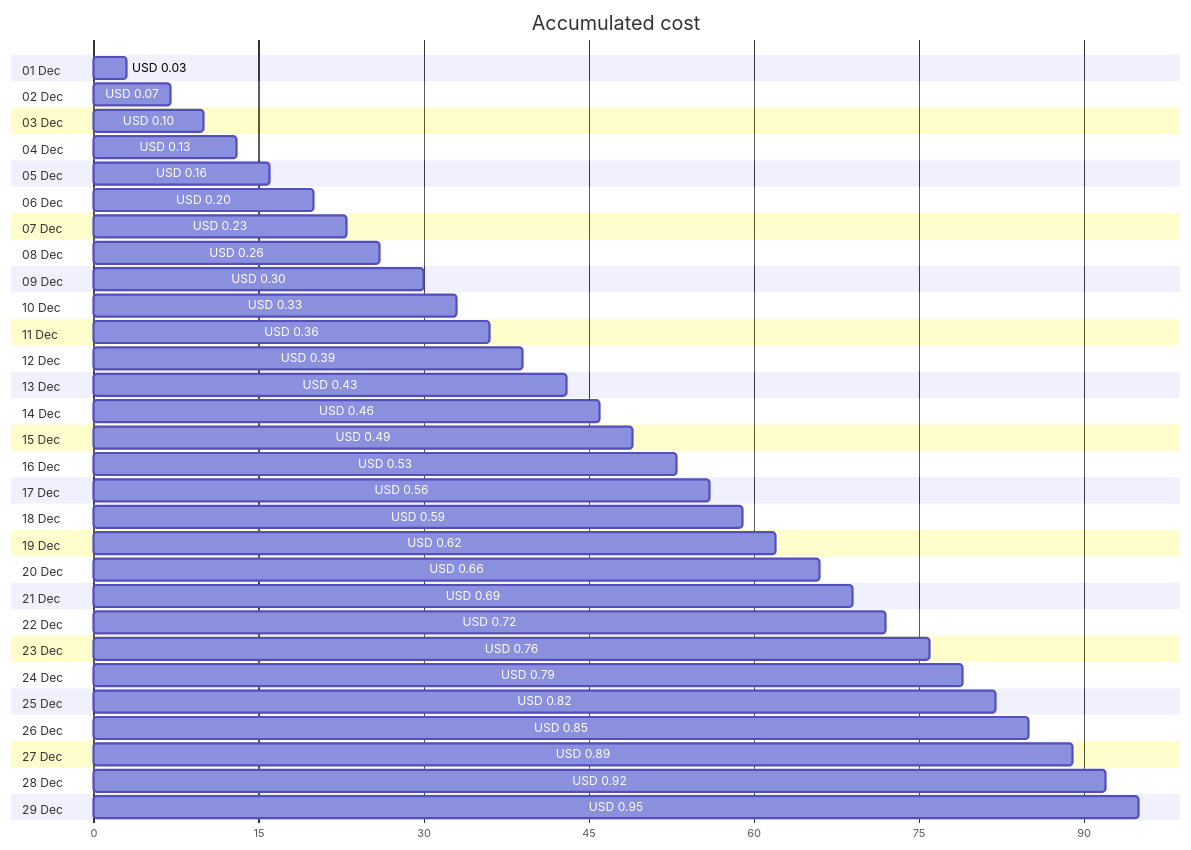
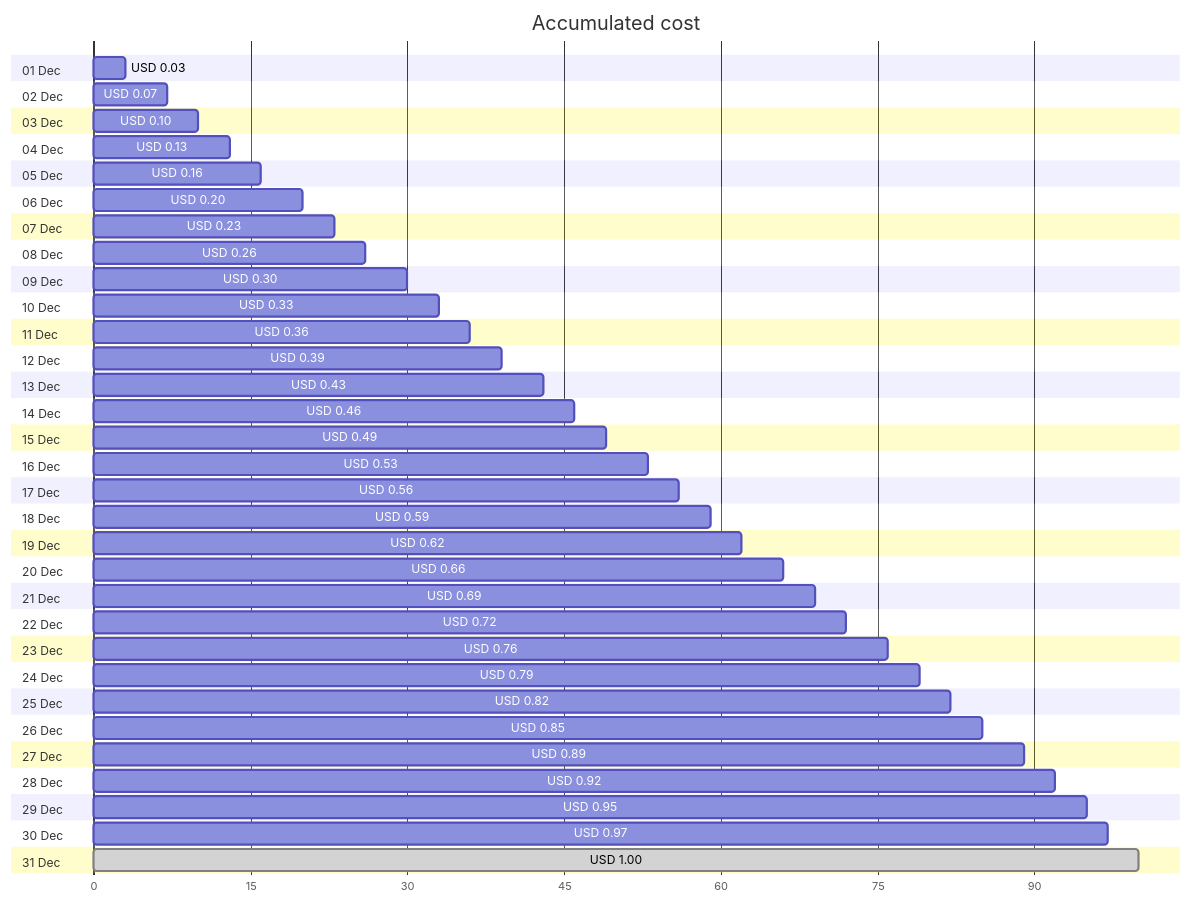
Before and after one commit to jpfulton/azure-personal-reports: the first of 4 diagrams in cost-reports/personal-dns/README.md, drawn with Mermaid. The commit also changed other lines of this file and 2 other files, not shown here.

````diff
--- a/cost-reports/personal-dns/README.md
+++ b/cost-reports/personal-dns/README.md
@@ -20,64 +20,68 @@
 ```mermaid
 gantt
    title Accumulated cost
    dateFormat  X
    axisFormat %s
    section 01 Dec
    USD 0.03 :0, 3
    section 02 Dec
    USD 0.07 :0, 7
    section 03 Dec
    USD 0.10 :0, 10
    section 04 Dec
    USD 0.13 :0, 13
    section 05 Dec
    USD 0.16 :0, 16
    section 06 Dec
    USD 0.20 :0, 20
    section 07 Dec
    USD 0.23 :0, 23
    section 08 Dec
    USD 0.26 :0, 26
    section 09 Dec
    USD 0.30 :0, 30
    section 10 Dec
    USD 0.33 :0, 33
    section 11 Dec
    USD 0.36 :0, 36
    section 12 Dec
    USD 0.39 :0, 39
    section 13 Dec
    USD 0.43 :0, 43
    section 14 Dec
    USD 0.46 :0, 46
    section 15 Dec
    USD 0.49 :0, 49
    section 16 Dec
    USD 0.53 :0, 53
    section 17 Dec
    USD 0.56 :0, 56
    section 18 Dec
    USD 0.59 :0, 59
    section 19 Dec
    USD 0.62 :0, 62
    section 20 Dec
    USD 0.66 :0, 66
    section 21 Dec
    USD 0.69 :0, 69
    section 22 Dec
    USD 0.72 :0, 72
    section 23 Dec
    USD 0.76 :0, 76
    section 24 Dec
    USD 0.79 :0, 79
    section 25 Dec
    USD 0.82 :0, 82
    section 26 Dec
    USD 0.85 :0, 85
    section 27 Dec
    USD 0.89 :0, 89
    section 28 Dec
    USD 0.92 :0, 92
    section 29 Dec
    USD 0.95 :0, 95
+   section 30 Dec
+   USD 0.97 :0, 97
+   section 31 Dec
+   USD 1.00 : done, 0, 100
 ```
````
